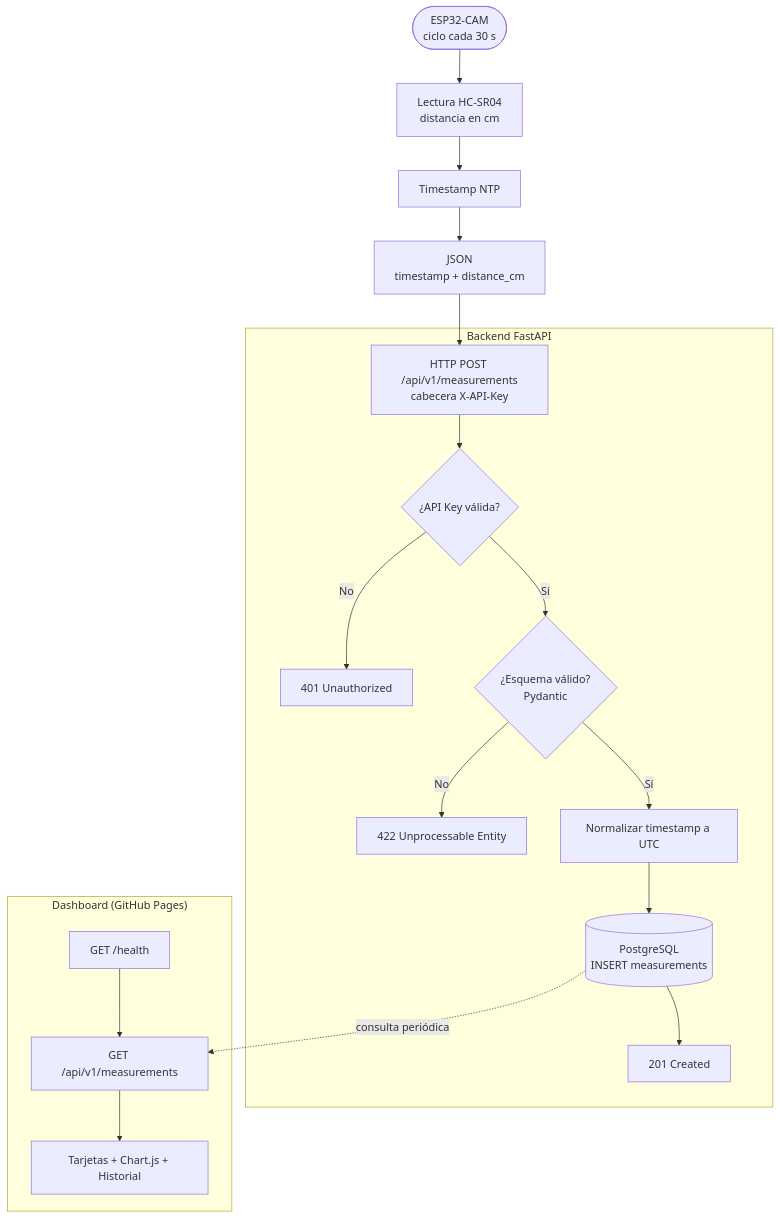
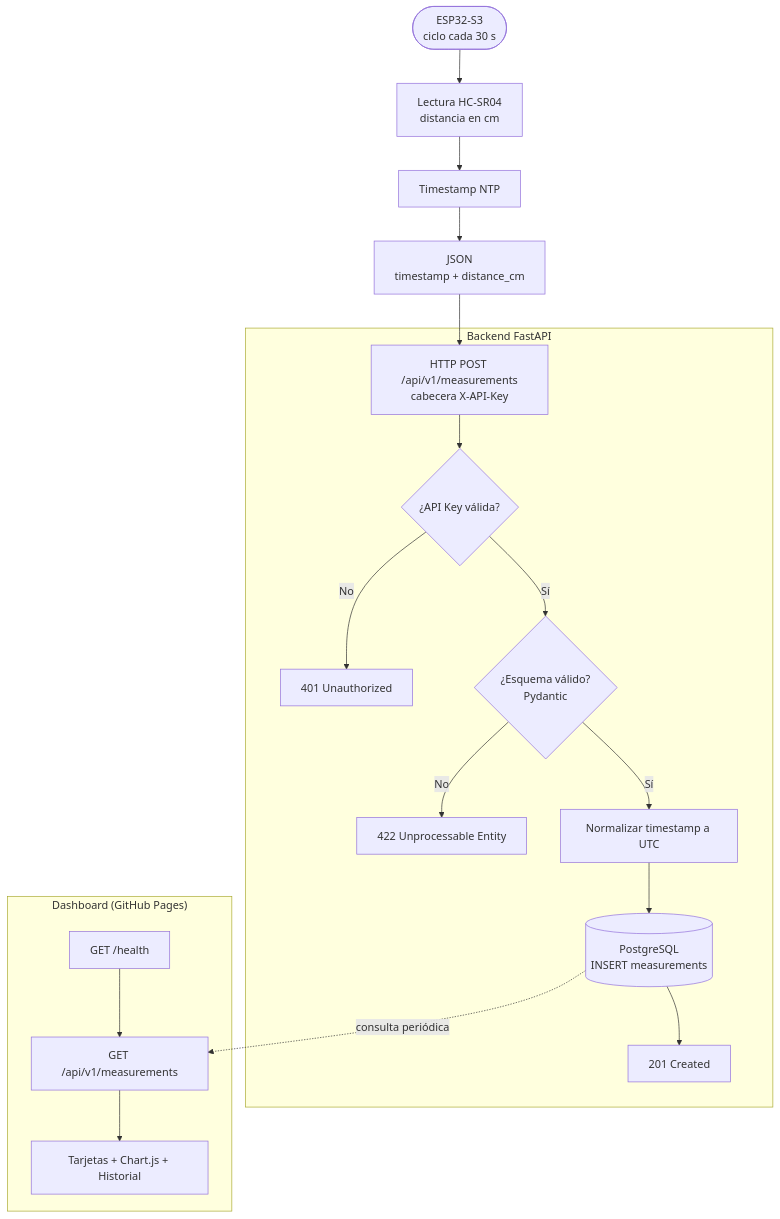
One commit to jose-i-rm/esp32-distance-monitoring-system changed the diagram in diagrams/02-flujo-datos.md. Above: the diagram before and after it, drawn with Mermaid. The commit also changed 14 other files, not shown here.

````diff
--- a/diagrams/02-flujo-datos.md
+++ b/diagrams/02-flujo-datos.md
@@ -5,24 +5,24 @@
 ```mermaid
 flowchart TD
-    A([ESP32-CAM<br/>ciclo cada 30 s]) --> B[Lectura HC-SR04<br/>distancia en cm]
+    A([ESP32-S3<br/>ciclo cada 30 s]) --> B[Lectura HC-SR04<br/>distancia en cm]
     B --> C[Timestamp NTP]
     C --> D[JSON<br/>timestamp + distance_cm]
     D --> E[HTTP POST /api/v1/measurements<br/>cabecera X-API-Key]
 
     subgraph BACKEND["Backend FastAPI"]
         E --> F{¿API Key válida?}
         F -- No --> F1[401 Unauthorized]
         F -- Sí --> G{¿Esquema válido?<br/>Pydantic}
         G -- No --> G1[422 Unprocessable Entity]
         G -- Sí --> H[Normalizar timestamp a UTC]
         H --> I[(PostgreSQL<br/>INSERT measurements)]
         I --> J[201 Created]
     end
 
     subgraph DASHBOARD["Dashboard (GitHub Pages)"]
         K[GET /health] --> L[GET /api/v1/measurements]
         L --> M[Tarjetas + Chart.js + Historial]
     end
 
     I -. consulta periódica .-> L
 ```
````
